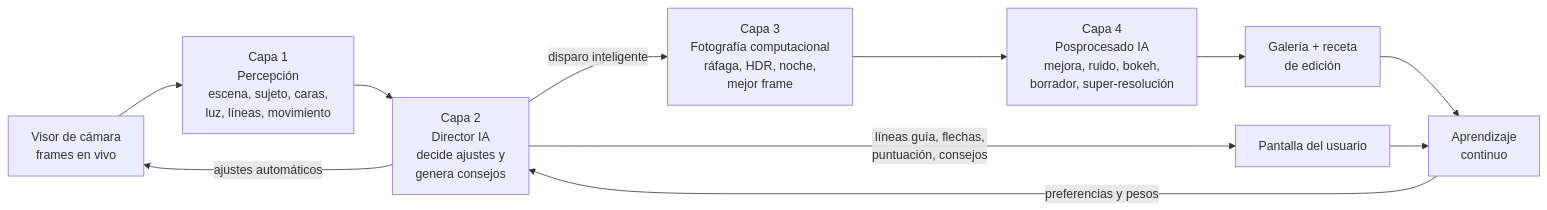
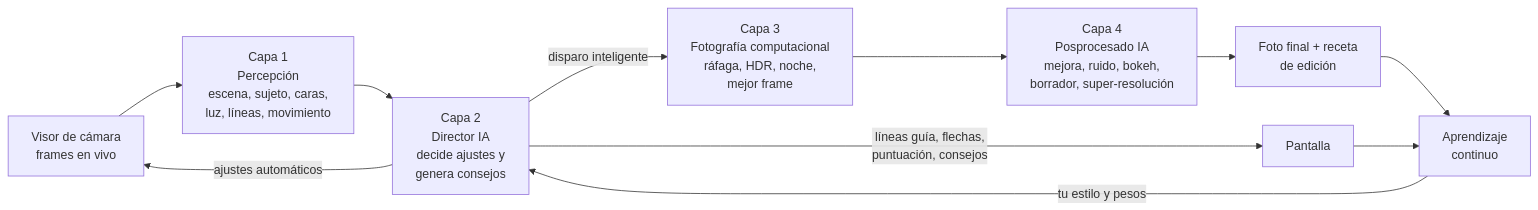
Before and after one commit to oscarmate936/IA-C-mara-: the first of 2 diagrams in docs/PLAN.md, drawn with Mermaid. The commit also changed other lines of this file and 1 other file, not shown here.

First line of the commit message:
Ajustar el plan a los móviles del usuario y al alcance solo fotográfico

````diff
--- a/docs/PLAN.md
+++ b/docs/PLAN.md
@@ -60,13 +111,13 @@
 ```mermaid
 flowchart LR
     A[Visor de cámara<br/>frames en vivo] --> B[Capa 1<br/>Percepción<br/>escena, sujeto, caras,<br/>luz, líneas, movimiento]
     B --> C[Capa 2<br/>Director IA<br/>decide ajustes y<br/>genera consejos]
     C -->|ajustes automáticos| A
-    C -->|líneas guía, flechas,<br/>puntuación, consejos| U[Pantalla del usuario]
+    C -->|líneas guía, flechas,<br/>puntuación, consejos| U[Pantalla]
     C -->|disparo inteligente| D[Capa 3<br/>Fotografía computacional<br/>ráfaga, HDR, noche,<br/>mejor frame]
     D --> E[Capa 4<br/>Posprocesado IA<br/>mejora, ruido, bokeh,<br/>borrador, super-resolución]
-    E --> G[Galería + receta<br/>de edición]
+    E --> G[Foto final + receta<br/>de edición]
     G --> L[Aprendizaje<br/>continuo]
     U --> L
-    L -->|preferencias y pesos| C
+    L -->|tu estilo y pesos| C
 ```
````
